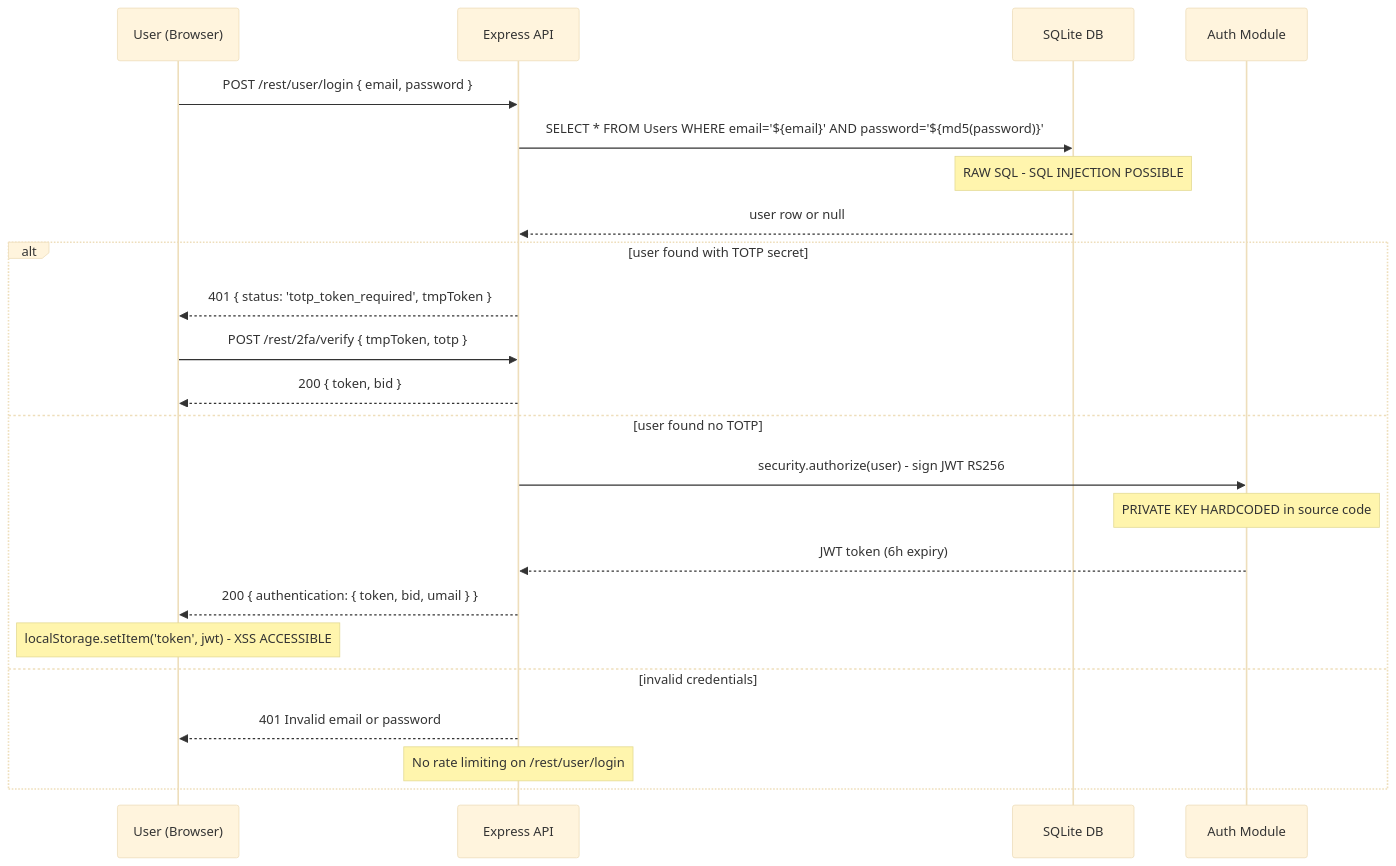
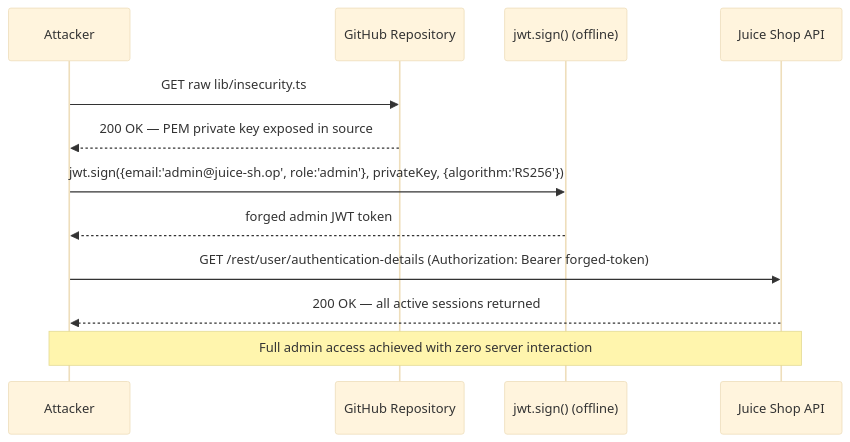
One commit to appsec-foundry/appsec-advisor changed the sixth of 10 diagrams in examples/juice-shop/threat-model-sonnet.md. Above: the diagram before and after it, drawn with Mermaid (base theme). The commit also changed other lines of this file and 14 other files, not shown here.

````diff
--- a/examples/juice-shop/threat-model-sonnet.md
+++ b/examples/juice-shop/threat-model-sonnet.md
@@ -266,26 +670,15 @@
 ```mermaid
 sequenceDiagram
-    participant U as User (Browser)
-    participant API as Express API
-    participant DB as SQLite DB
-    participant AUTH as Auth Module
+    participant ATK as Attacker
+    participant GH as GitHub Repository
+    participant SIGN as jwt.sign() (offline)
+    participant API as Juice Shop API
 
-    U->>API: POST /rest/user/login { email, password }
-    API->>DB: SELECT * FROM Users WHERE email='${email}' AND password='${md5(password)}'
-    Note over DB: RAW SQL - SQL INJECTION POSSIBLE
-    DB-->>API: user row or null
-    alt user found with TOTP secret
-        API-->>U: 401 { status: 'totp_token_required', tmpToken }
-        U->>API: POST /rest/2fa/verify { tmpToken, totp }
-        API-->>U: 200 { token, bid }
-    else user found no TOTP
-        API->>AUTH: security.authorize(user) - sign JWT RS256
-        Note over AUTH: PRIVATE KEY HARDCODED in source code
-        AUTH-->>API: JWT token (6h expiry)
-        API-->>U: 200 { authentication: { token, bid, umail } }
-        Note over U: localStorage.setItem('token', jwt) - XSS ACCESSIBLE
-    else invalid credentials
-        API-->>U: 401 Invalid email or password
-        Note over API: No rate limiting on /rest/user/login
-    end
+    ATK->>GH: GET raw lib/insecurity.ts
+    GH-->>ATK: 200 OK — PEM private key exposed in source
+    ATK->>SIGN: jwt.sign({email:'admin@juice-sh.op', role:'admin'}, privateKey, {algorithm:'RS256'})
+    SIGN-->>ATK: forged admin JWT token
+    ATK->>API: GET /rest/user/authentication-details (Authorization: Bearer forged-token)
+    API-->>ATK: 200 OK — all active sessions returned
+    Note over ATK,API: Full admin access achieved with zero server interaction
 ```
````
